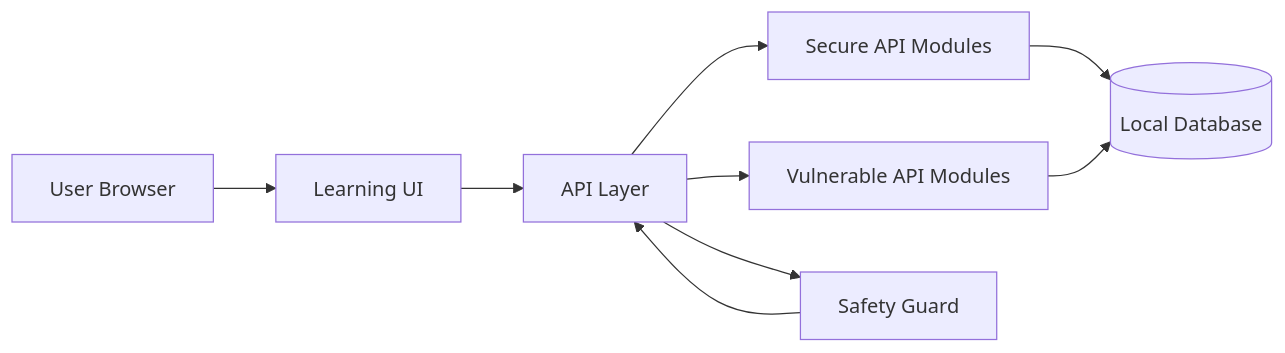
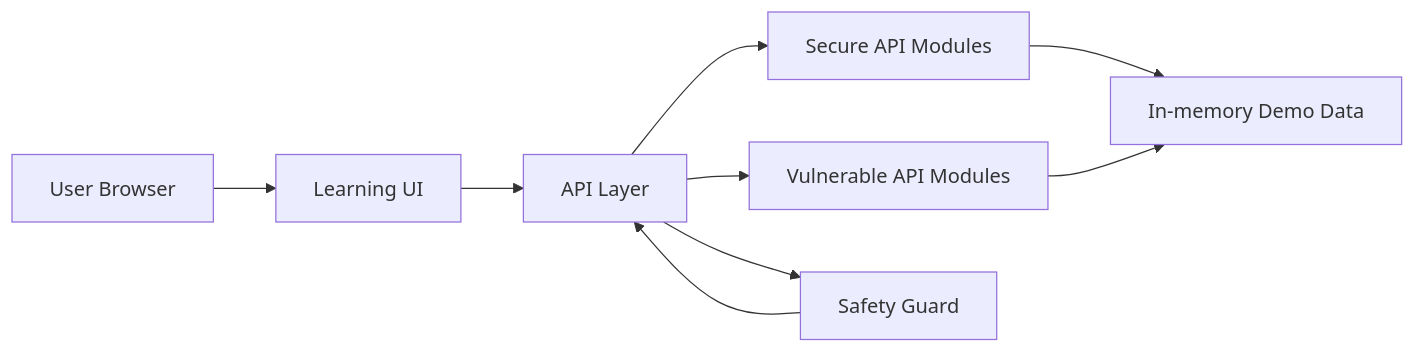
One commit to kiryu1211/api-security-lab-platform changed the first of 5 diagrams in docs/design.en.md. Above: the diagram before and after it, drawn with Mermaid. The commit also changed other lines of this file and 10 other files, not shown here.

````diff
--- a/docs/design.en.md
+++ b/docs/design.en.md
@@ -20,11 +20,11 @@
 ```mermaid
 flowchart LR
     U[User Browser] --> UI[Learning UI]
     UI --> API[API Layer]
     API --> Safe[Secure API Modules]
     API --> Vuln[Vulnerable API Modules]
     API --> Guard[Safety Guard]
-    Safe --> DB[(Local Database)]
-    Vuln --> DB
+    Safe --> Data[In-memory Demo Data]
+    Vuln --> Data
     Guard --> API
 ```
````
